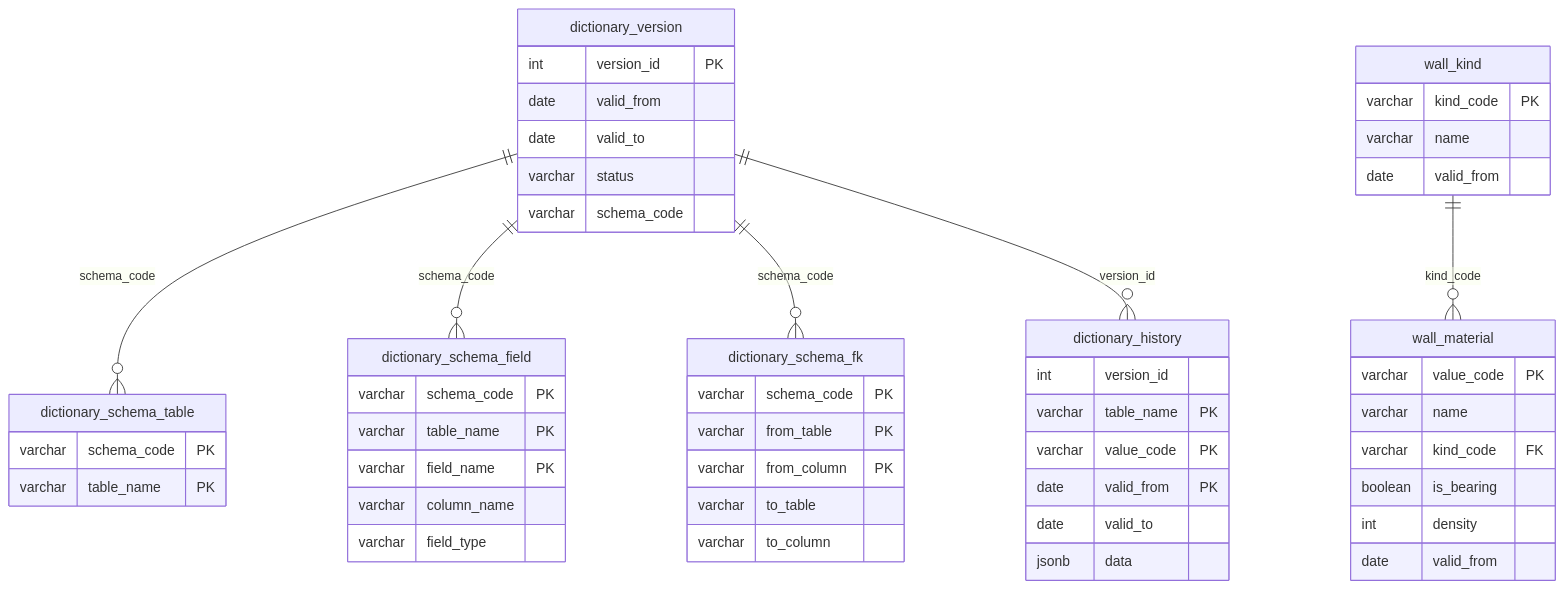
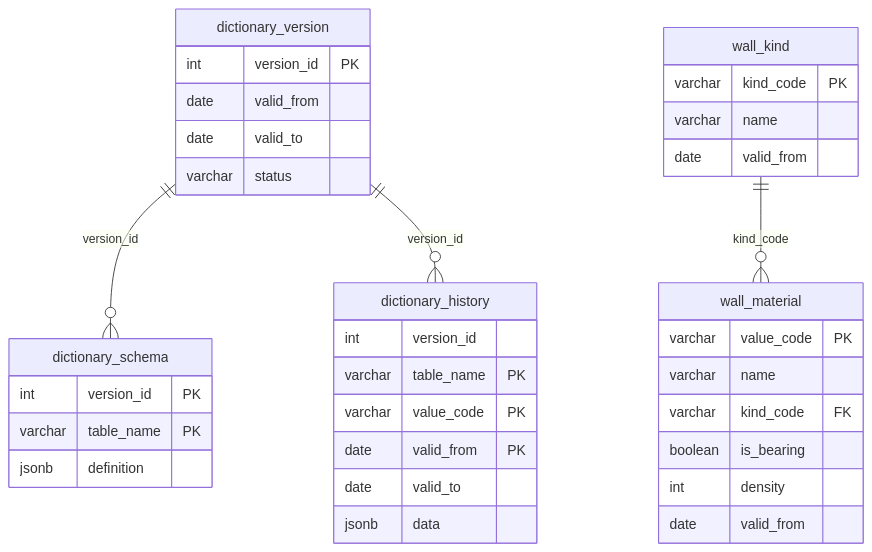
Before and after one commit to StrannikE95/reference_data: the diagram in docs/3. brainstorm/step_4.md, drawn with Mermaid. The commit also changed other lines of this file and 2 other files, not shown here.

````diff
--- a/docs/3. brainstorm/step_4.md
+++ b/docs/3. brainstorm/step_4.md
@@ -34,61 +34,43 @@
 ```mermaid
 erDiagram
-    dictionary_version ||--o{ dictionary_schema_table : "schema_code"
-    dictionary_version ||--o{ dictionary_schema_field : "schema_code"
-    dictionary_version ||--o{ dictionary_schema_fk : "schema_code"
+    dictionary_version ||--o{ dictionary_schema : "version_id"
     dictionary_version ||--o{ dictionary_history : "version_id"
     wall_kind ||--o{ wall_material : "kind_code"
 
     dictionary_version {
         int version_id PK
         date valid_from
         date valid_to
         varchar status
-        varchar schema_code
     }
 
-    dictionary_schema_table {
-        varchar schema_code PK
+    dictionary_schema {
+        int version_id PK
         varchar table_name PK
-    }
-
-    dictionary_schema_field {
-        varchar schema_code PK
-        varchar table_name PK
-        varchar field_name PK
-        varchar column_name
-        varchar field_type
-    }
-
-    dictionary_schema_fk {
-        varchar schema_code PK
-        varchar from_table PK
-        varchar from_column PK
-        varchar to_table
-        varchar to_column
+        jsonb definition
     }
 
     dictionary_history {
         int version_id
         varchar table_name PK
         varchar value_code PK
         date valid_from PK
         date valid_to
         jsonb data
     }
 
     wall_kind {
         varchar kind_code PK
         varchar name
         date valid_from
     }
 
     wall_material {
         varchar value_code PK
         varchar name
         varchar kind_code FK
         boolean is_bearing
         int density
         date valid_from
     }
 ```
````
